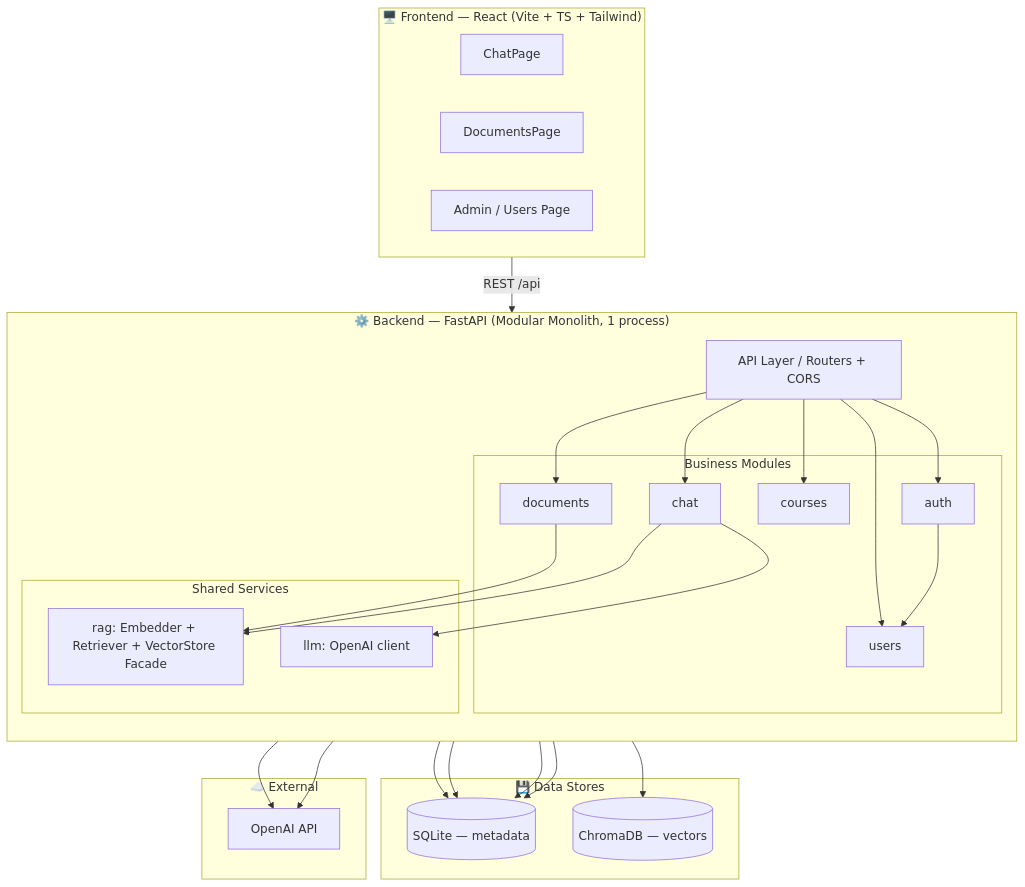
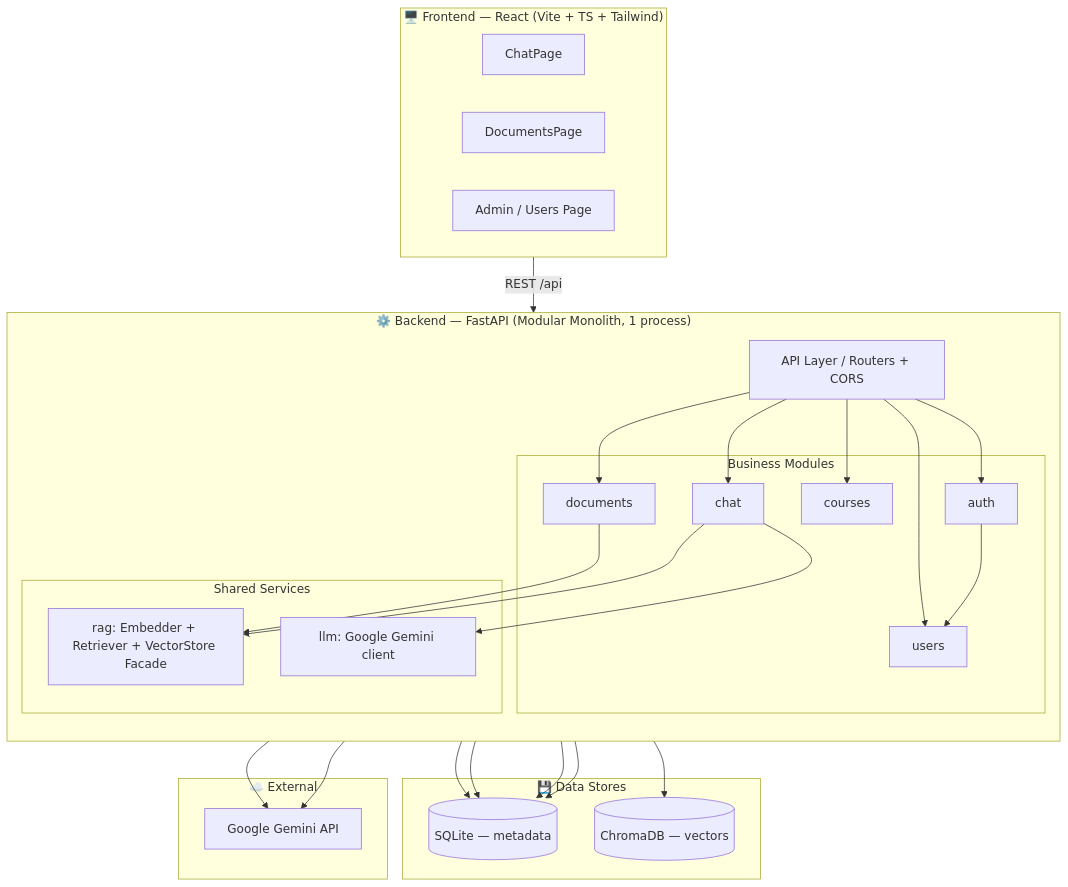
One commit to Scobydoo1/swd changed the seventh of 9 diagrams in docs/DESIGN.md. Above: the diagram before and after it, drawn with Mermaid. The commit also changed other lines of this file and 7 other files, not shown here.

First line of the commit message:
Switch LLM provider from OpenAI to Google Gemini

````diff
--- a/docs/DESIGN.md
+++ b/docs/DESIGN.md
@@ -307,49 +307,49 @@
 ```mermaid
 graph TB
     subgraph Client["🖥️ Frontend — React (Vite + TS + Tailwind)"]
         CP[ChatPage]
         DP[DocumentsPage]
         AP[Admin / Users Page]
     end
 
     subgraph Backend["⚙️ Backend — FastAPI (Modular Monolith, 1 process)"]
         direction TB
         API[API Layer / Routers + CORS]
 
         subgraph Modules["Business Modules"]
             AUTH[auth]
             USERS[users]
             DOCS[documents]
             COURSES[courses]
             CHAT[chat]
         end
 
         subgraph Shared["Shared Services"]
             RAG[rag: Embedder + Retriever + VectorStore Facade]
-            LLMW[llm: OpenAI client]
+            LLMW[llm: Google Gemini client]
         end
     end
 
     subgraph Data["💾 Data Stores"]
         SQLITE[(SQLite — metadata)]
         CHROMA[(ChromaDB — vectors)]
     end
 
     subgraph External["☁️ External"]
-        OPENAI[OpenAI API]
+        GEMINI[Google Gemini API]
     end
 
     Client -->|REST /api| API
     API --> AUTH & USERS & DOCS & COURSES & CHAT
     DOCS --> RAG
     CHAT --> RAG
     CHAT --> LLMW
     AUTH --> USERS
     DOCS --> SQLITE
     USERS --> SQLITE
     COURSES --> SQLITE
     CHAT --> SQLITE
     RAG --> CHROMA
-    RAG --> OPENAI
-    LLMW --> OPENAI
+    RAG --> GEMINI
+    LLMW --> GEMINI
 ```
````
